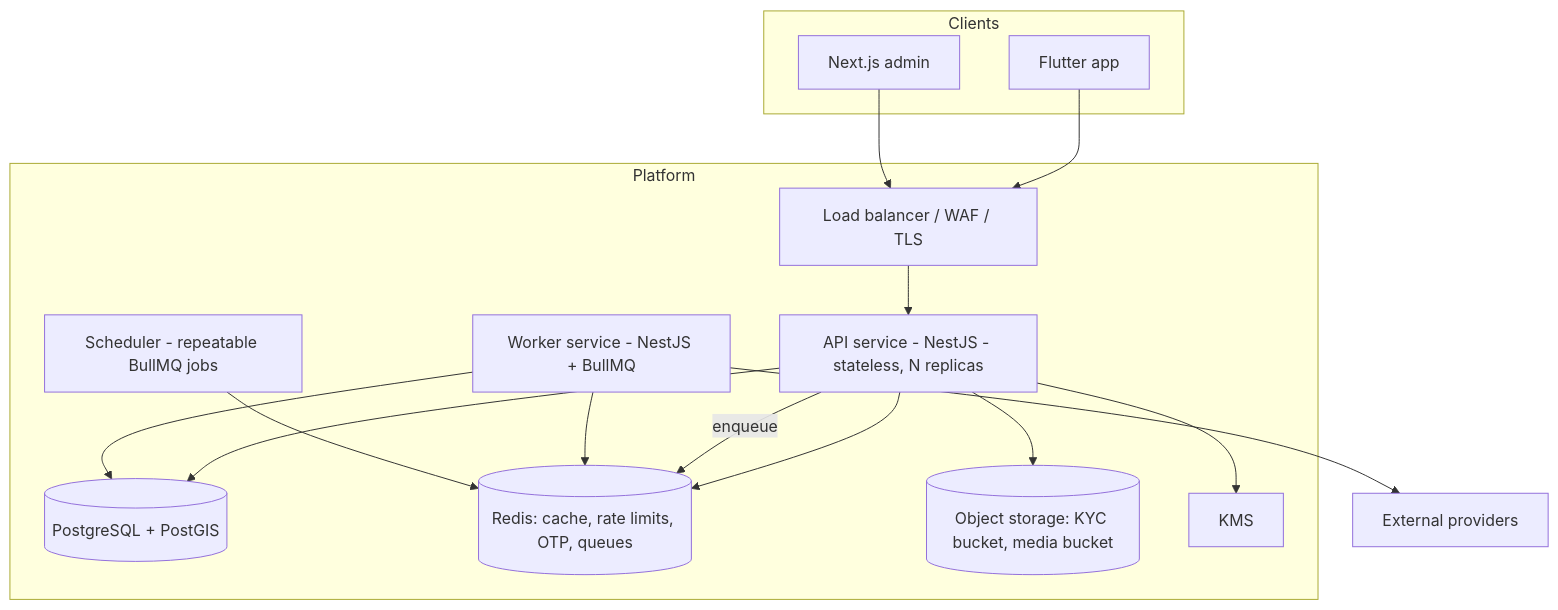
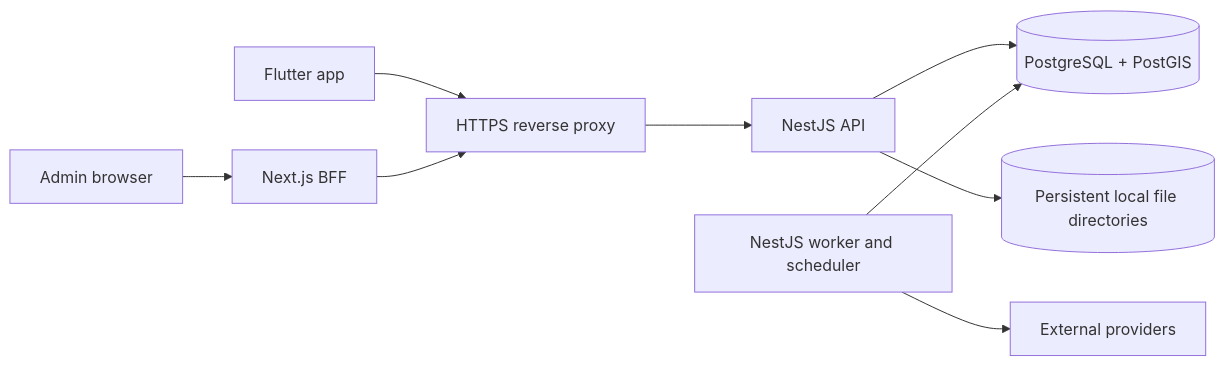
One commit to Priyankaagrawal/supplybiz changed the second of 3 diagrams in docs/04-architecture/ARCHITECTURE.md. Above: the diagram before and after it, drawn with Mermaid. The commit also changed other lines of this file and 39 other files, not shown here.

````diff
--- a/docs/04-architecture/ARCHITECTURE.md
+++ b/docs/04-architecture/ARCHITECTURE.md
@@ -74,29 +69,11 @@
 ```mermaid
-flowchart TB
-    subgraph Clients
-        M[Flutter app]
-        W[Next.js admin]
-    end
-    subgraph Platform
-        LB[Load balancer / WAF / TLS]
-        API[API service - NestJS - stateless, N replicas]
-        WK[Worker service - NestJS + BullMQ]
-        SCH[Scheduler - repeatable BullMQ jobs]
-        PG[(PostgreSQL + PostGIS)]
-        RD[(Redis: cache, rate limits, OTP, queues)]
-        S3[(Object storage: KYC bucket, media bucket)]
-        KMS[KMS]
-    end
-    M --> LB
-    W --> LB
-    LB --> API
-    API --> PG
-    API --> RD
-    API --> S3
-    API -->|enqueue| RD
-    WK --> RD
-    WK --> PG
-    SCH --> RD
-    API --> KMS
-    WK --> EXT[External providers]
+flowchart LR
+    M[Flutter app] --> TLS[HTTPS reverse proxy]
+    A[Admin browser] --> WEB[Next.js BFF]
+    WEB --> TLS
+    TLS --> API[NestJS API]
+    API --> DB[(PostgreSQL + PostGIS)]
+    API --> FILES[(Persistent local file directories)]
+    WORKER[NestJS worker and scheduler] --> DB
+    WORKER --> EXT[External providers]
 ```
````
